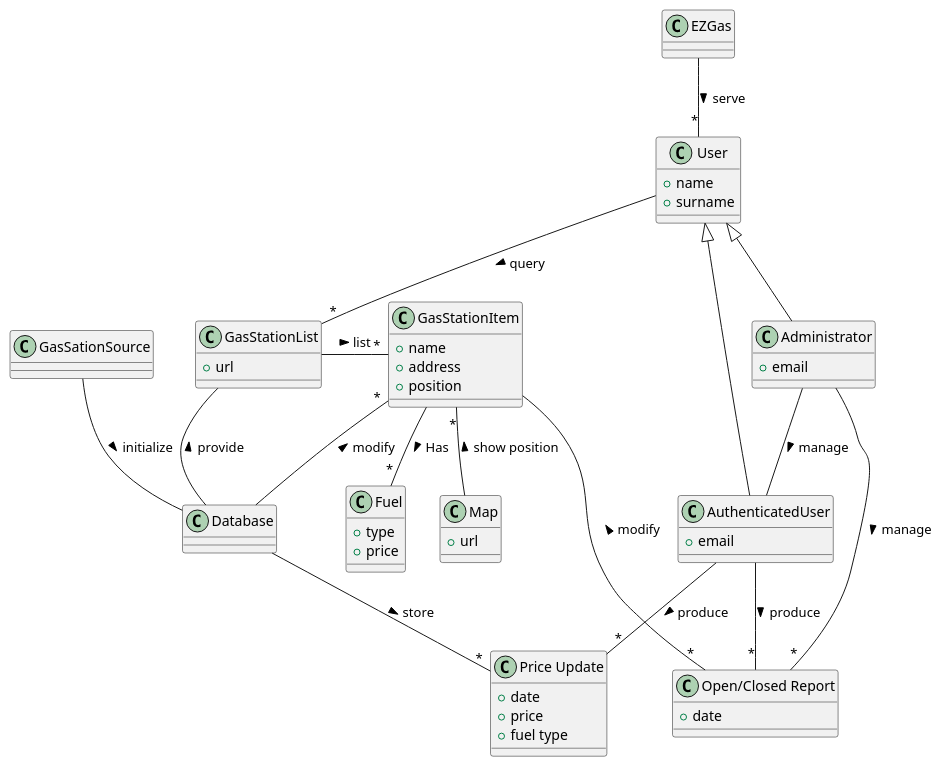
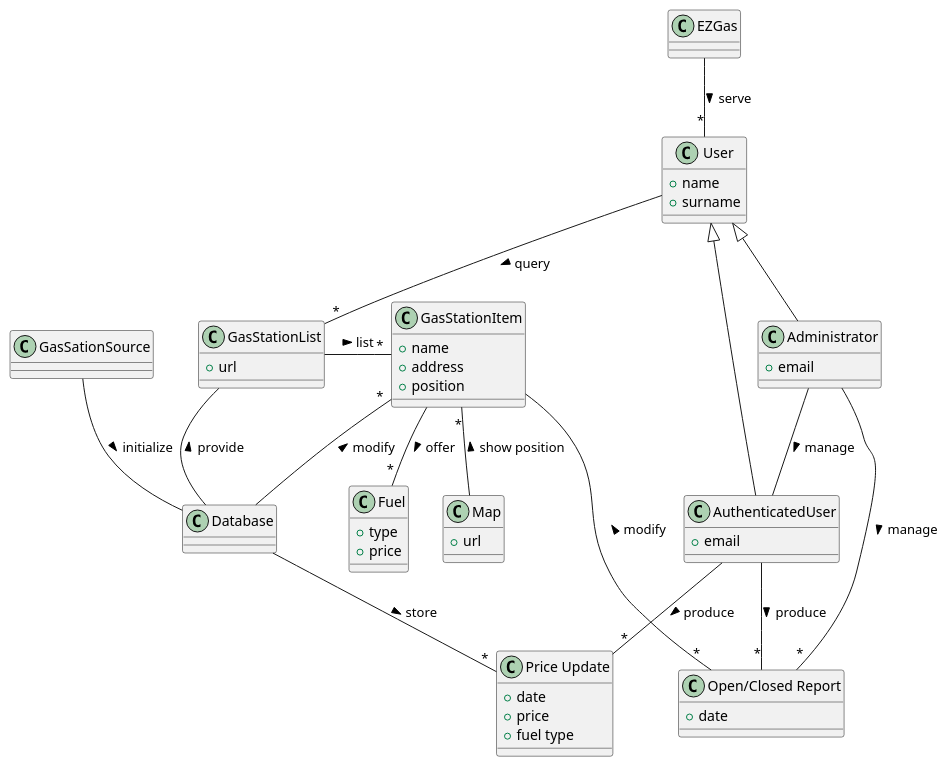
One commit to aureliocirella/se1-ezgas changed the third of 4 diagrams in docs/RequirementsDocument.md. Above: the diagram before and after it, drawn with PlantUML. The commit also changed other lines of this file, not shown here.

Commit message:
fix: some minor changes in expressions

````diff
--- a/docs/RequirementsDocument.md
+++ b/docs/RequirementsDocument.md
@@ -440,61 +440,61 @@
 ```plantuml
 class User {
 + name
 + surname
 }
 class Administrator {
 + email
 }
 
 class Fuel {
 +type
 +price
 }
 
 class GasStationList {
 +url
 }
 
 class GasStationItem {
 + name
 + address
 + position
 }
 
 class "Open/Closed Report"{
 + date
 
 }
 
 class "Price Update"{
 + date
 + price
 +fuel type
 }
 
 class Map {
 + url
 
 }
 
 class AuthenticatedUser{
 + email
 }
 
 EZGas -- "*" User :serve >
 GasSationSource -down- Database :  initialize > 
 Database -- GasStationList : provide >
 Administrator -- AuthenticatedUser: manage >
 User <|-- Administrator 
 GasStationList -right- "*" GasStationItem :list >
 User <|-right- AuthenticatedUser 
 GasStationItem "*"-- Map : < show position
 User -- "*"  GasStationList : query >
 GasStationItem -- "*" "Open/Closed Report" :< modify 
 Administrator -- "*"  "Open/Closed Report" :  manage >
 Database -- "*"  "Price Update" :  store >
 AuthenticatedUser-- "*" "Open/Closed Report" : produce >
 AuthenticatedUser-- "*"  "Price Update" : produce >
 GasStationItem "*" -- Database : < modify
-GasStationItem  -- "*" Fuel : > Has
+GasStationItem  -- "*" Fuel : > offer
 ```
````
